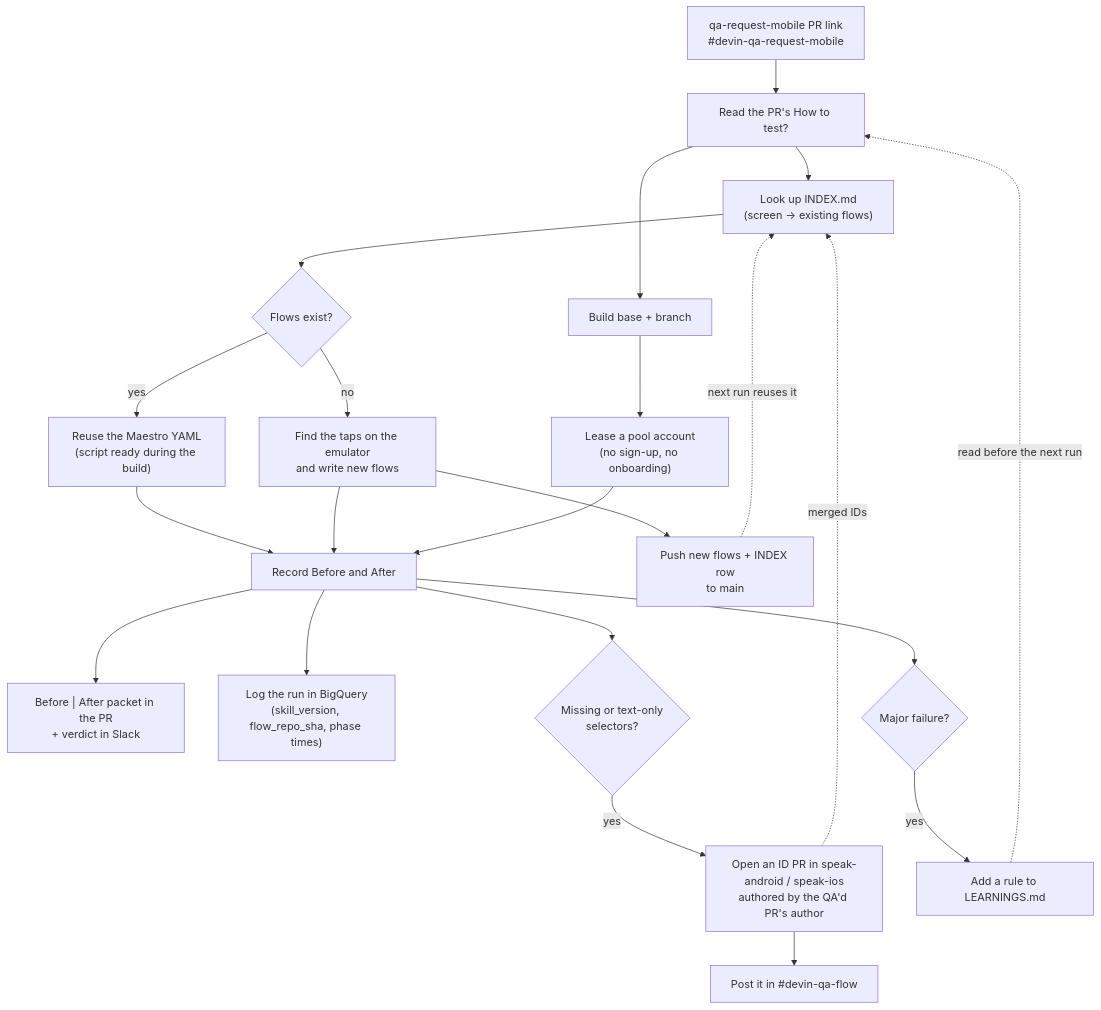
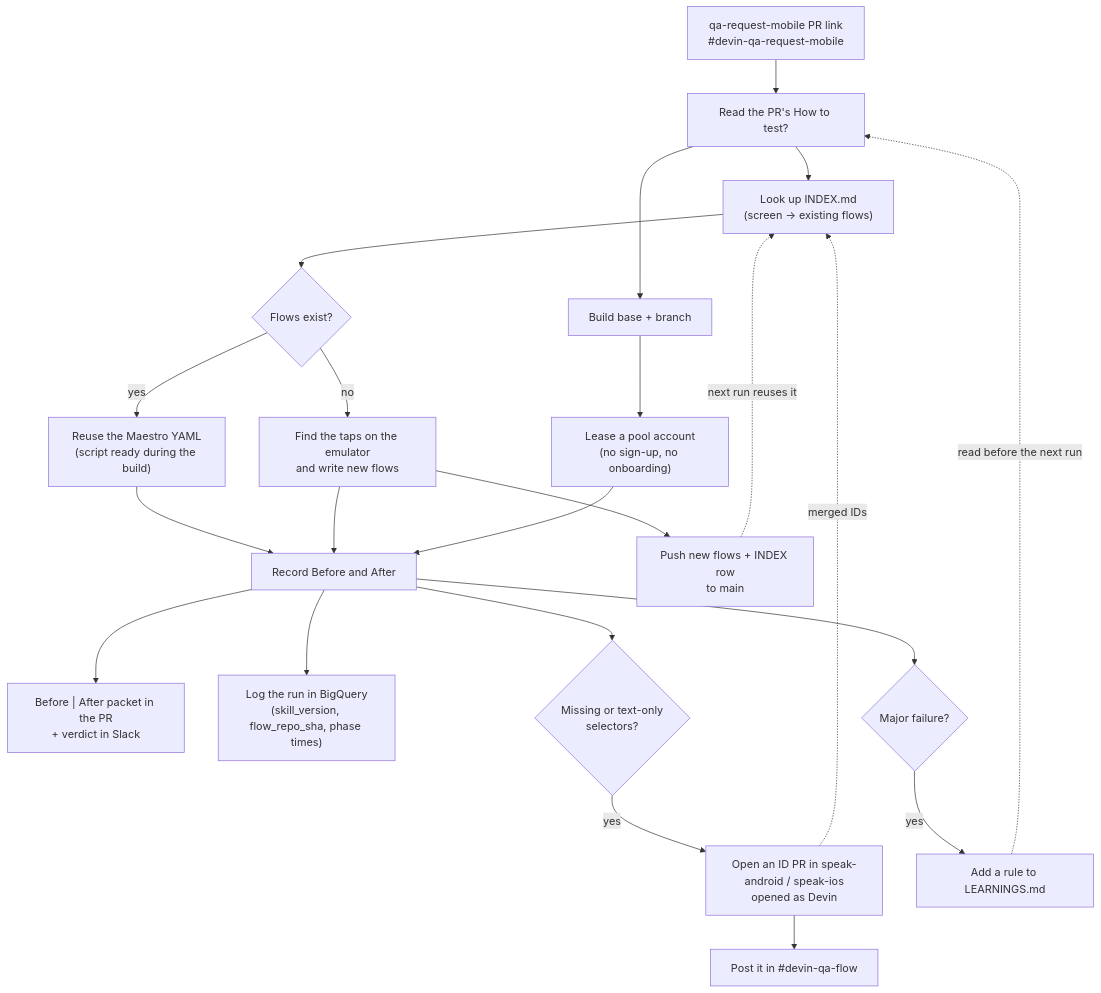
Before and after one commit to usespeakeasy/devin-qa-flow: the diagram in README.md, drawn with Mermaid. The commit also changed 2 other files, not shown here.

Commit message:
Instructions: open ID PRs as Devin, not the QA'd PR's author

````diff
--- a/README.md
+++ b/README.md
@@ -25,24 +25,24 @@
 ```mermaid
 flowchart TD
     A["qa-request-mobile PR link<br/>#devin-qa-request-mobile"] --> B["Read the PR's How to test?"]
     B --> C["Look up INDEX.md<br/>(screen → existing flows)"]
     C --> D{"Flows exist?"}
     D -- yes --> E["Reuse the Maestro YAML<br/>(script ready during the build)"]
     D -- no --> F["Find the taps on the emulator<br/>and write new flows"]
     B --> G["Build base + branch"]
     G --> H["Lease a pool account<br/>(no sign-up, no onboarding)"]
     E --> I["Record Before and After"]
     F --> I
     H --> I
     I --> J["Before | After packet in the PR<br/>+ verdict in Slack"]
     I --> K["Log the run in BigQuery<br/>(skill_version, flow_repo_sha, phase times)"]
     F --> L["Push new flows + INDEX row<br/>to main"]
     I --> M{"Missing or text-only<br/>selectors?"}
-    M -- yes --> N["Open an ID PR in speak-android / speak-ios<br/>authored by the QA'd PR's author"]
+    M -- yes --> N["Open an ID PR in speak-android / speak-ios<br/>opened as Devin"]
     N --> O["Post it in #devin-qa-flow"]
     N -. "merged IDs" .-> C
     I --> P{"Major failure?"}
     P -- yes --> Q["Add a rule to LEARNINGS.md"]
     Q -. "read before the next run" .-> B
     L -. "next run reuses it" .-> C
 ```
````
